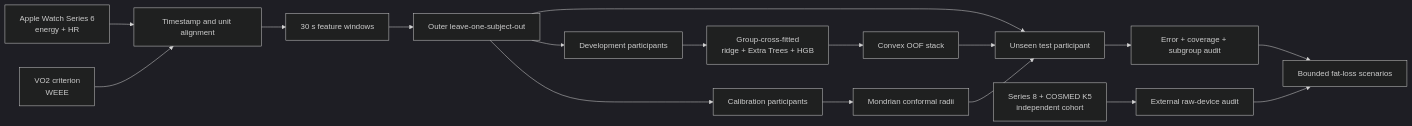
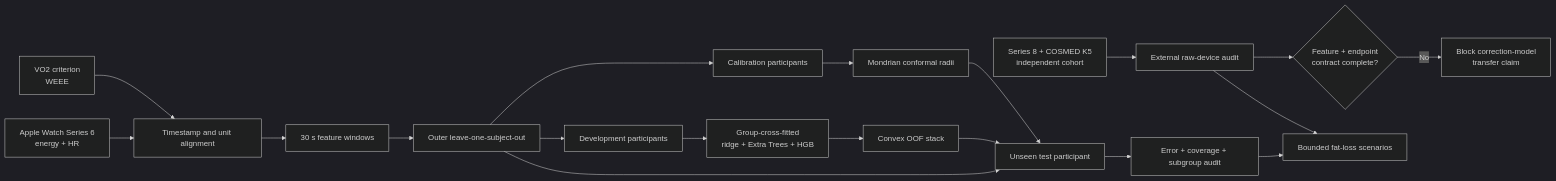
The diagram in README.md (limingrui679-design/deficitlens-apple-watch), drawn with Mermaid (dark theme) before and after one commit. The commit also changed other lines of this file and 99 other files, not shown here.

````diff
--- a/README.md
+++ b/README.md
@@ -80,19 +102,21 @@
 ```mermaid
 flowchart LR
   A[Apple Watch Series 6<br>energy + HR] --> C[Timestamp and unit alignment]
   B[VO2 criterion<br>WEEE] --> C
   C --> D[30 s feature windows]
   D --> E[Outer leave-one-subject-out]
   E --> F[Development participants]
   E --> G[Calibration participants]
   E --> H[Unseen test participant]
   F --> I[Group-cross-fitted<br>ridge + Extra Trees + HGB]
   I --> J[Convex OOF stack]
   G --> K[Mondrian conformal radii]
   J --> H
   K --> H
   H --> L[Error + coverage + subgroup audit]
   M[Series 8 + COSMED K5<br>independent cohort] --> N[External raw-device audit]
+  N --> P{Feature + endpoint<br>contract complete?}
+  P -->|No| Q[Block correction-model<br>transfer claim]
   L --> O[Bounded fat-loss scenarios]
   N --> O
 ```
````
